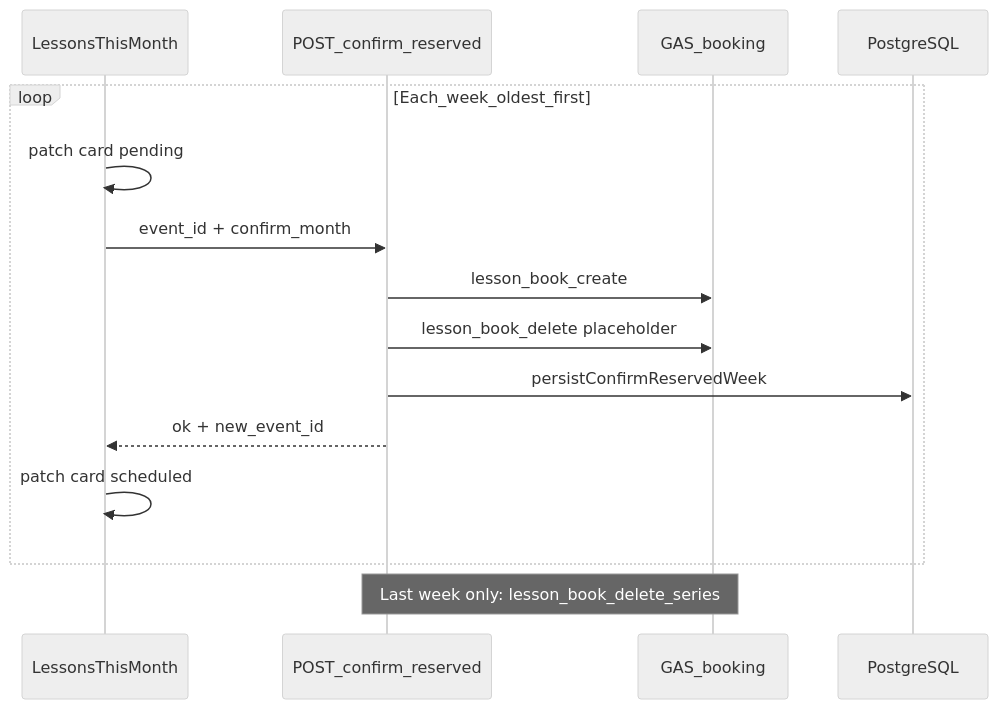
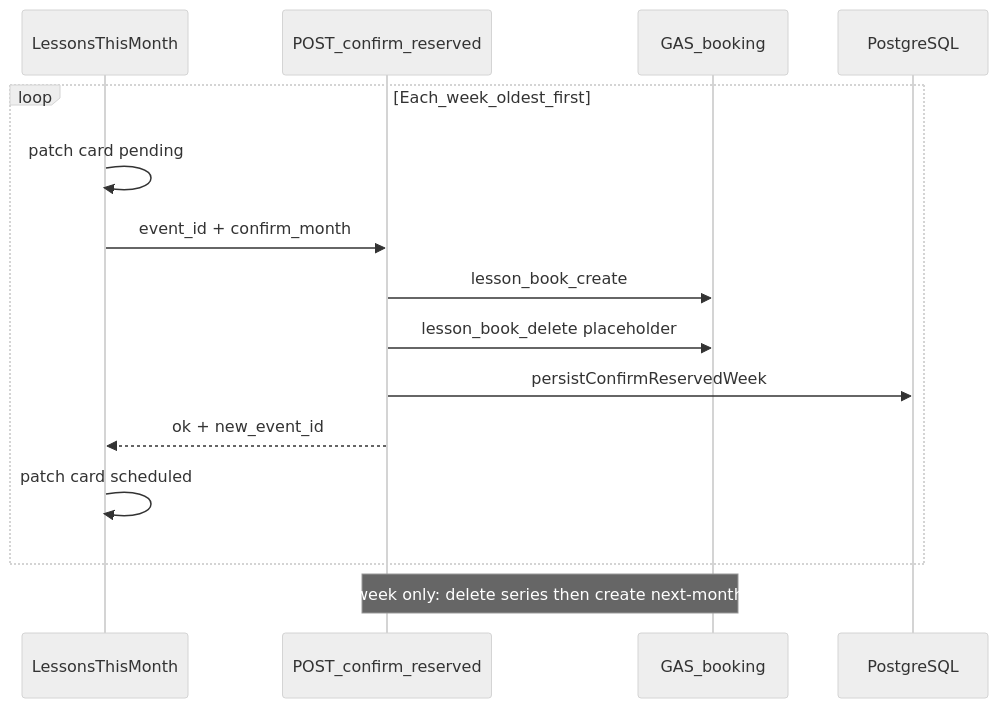
One commit to khaCey/REACT-ADMIN changed the diagram in docs/weekly-confirm-schedule-reference.md. Above: the diagram before and after it, drawn with Mermaid (neutral theme). The commit also changed other lines of this file and 4 other files, not shown here.

First line of the commit message:
feat(schedule): Processing UX and next-month hold after confirm

````diff
--- a/docs/weekly-confirm-schedule-reference.md
+++ b/docs/weekly-confirm-schedule-reference.md
@@ -38,18 +38,18 @@
 ```mermaid
 sequenceDiagram
   participant UI as LessonsThisMonth
   participant API as POST_confirm_reserved
   participant GAS as GAS_booking
   participant DB as PostgreSQL
 
   loop Each_week_oldest_first
     UI->>UI: patch card pending
     UI->>API: event_id + confirm_month
     API->>GAS: lesson_book_create
     API->>GAS: lesson_book_delete placeholder
     API->>DB: persistConfirmReservedWeek
     API-->>UI: ok + new_event_id
     UI->>UI: patch card scheduled
   end
-  Note over API,GAS: Last week only: lesson_book_delete_series
+  Note over API,GAS: Last week only: delete series then create next-month hold
 ```
````
